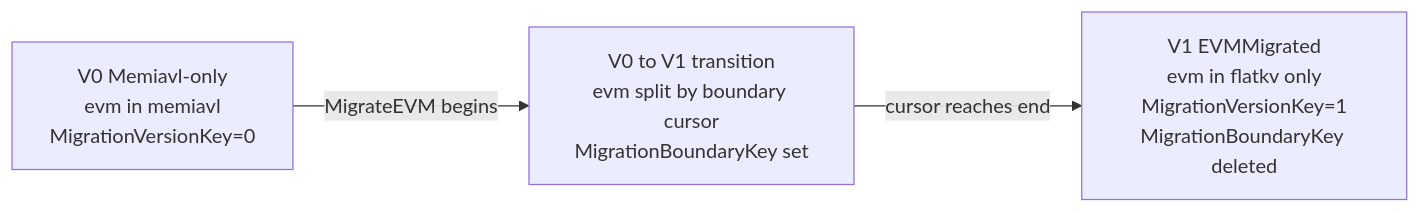
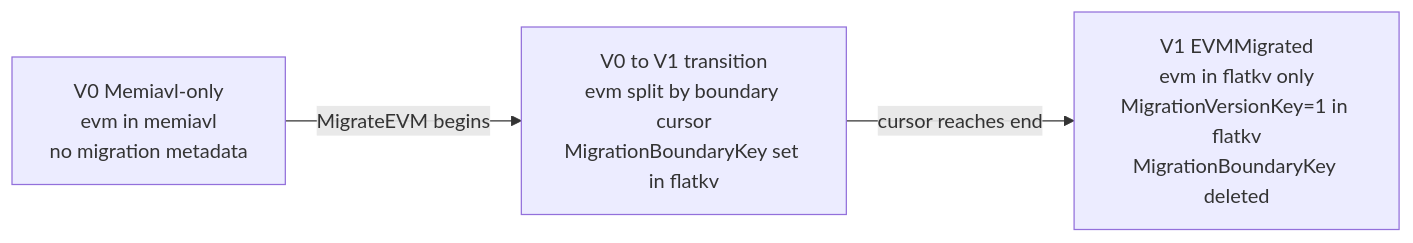
One commit to sei-protocol/sei-chain changed the diagram in sei-db/state_db/sc/migration/OPERATIONS.md. Above: the diagram before and after it, drawn with Mermaid. The commit also changed other lines of this file and 8 other files, not shown here.

````diff
--- a/sei-db/state_db/sc/migration/OPERATIONS.md
+++ b/sei-db/state_db/sc/migration/OPERATIONS.md
@@ -24,8 +24,8 @@
 ```mermaid
 flowchart LR
-    v0["V0 Memiavl-only<br/>evm in memiavl<br/>MigrationVersionKey=0"]
-    mid["V0 to V1 transition<br/>evm split by boundary cursor<br/>MigrationBoundaryKey set"]
-    v1["V1 EVMMigrated<br/>evm in flatkv only<br/>MigrationVersionKey=1<br/>MigrationBoundaryKey deleted"]
+    v0["V0 Memiavl-only<br/>evm in memiavl<br/>no migration metadata"]
+    mid["V0 to V1 transition<br/>evm split by boundary cursor<br/>MigrationBoundaryKey set in flatkv"]
+    v1["V1 EVMMigrated<br/>evm in flatkv only<br/>MigrationVersionKey=1 in flatkv<br/>MigrationBoundaryKey deleted"]
     v0 -->|MigrateEVM begins| mid
     mid -->|cursor reaches end| v1
 ```
````
